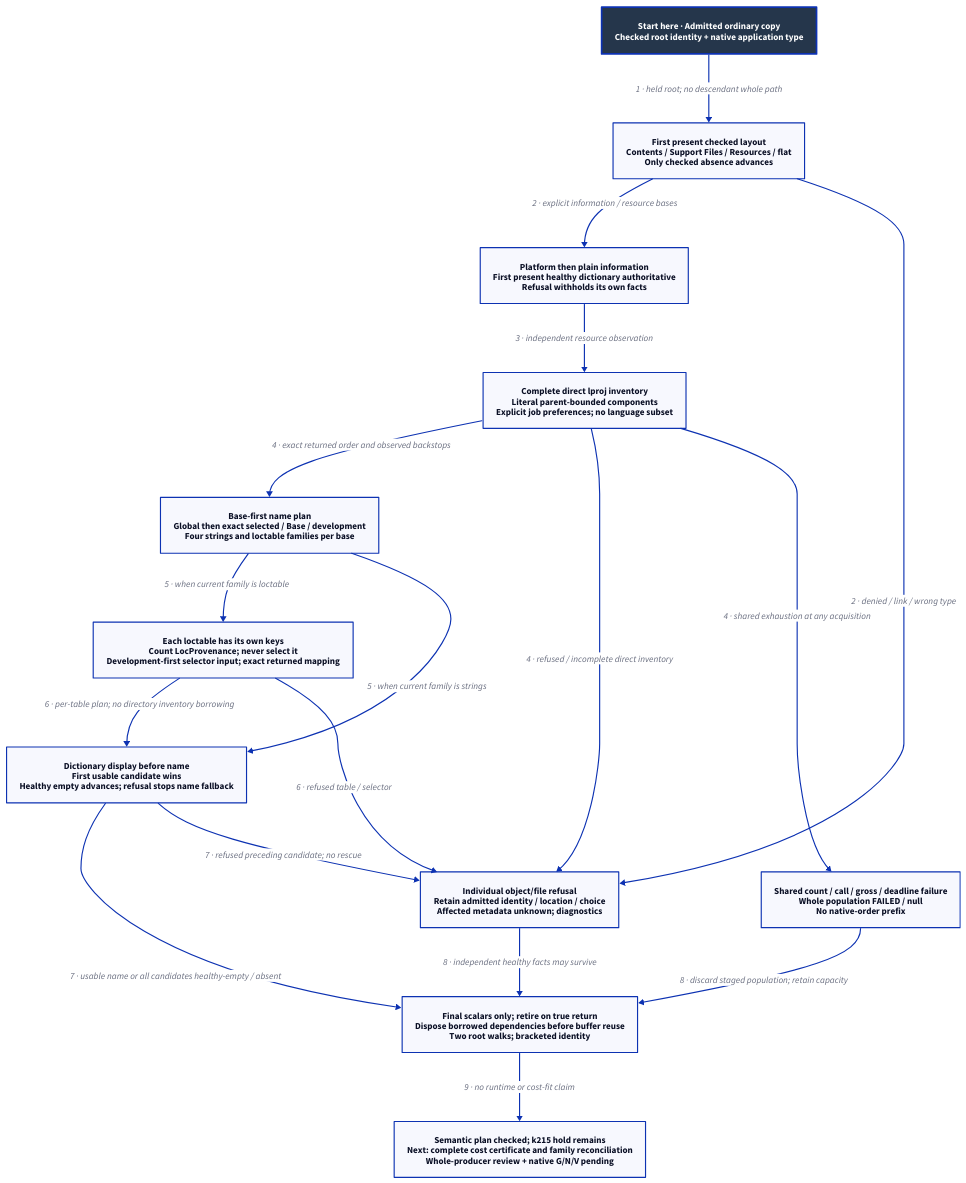
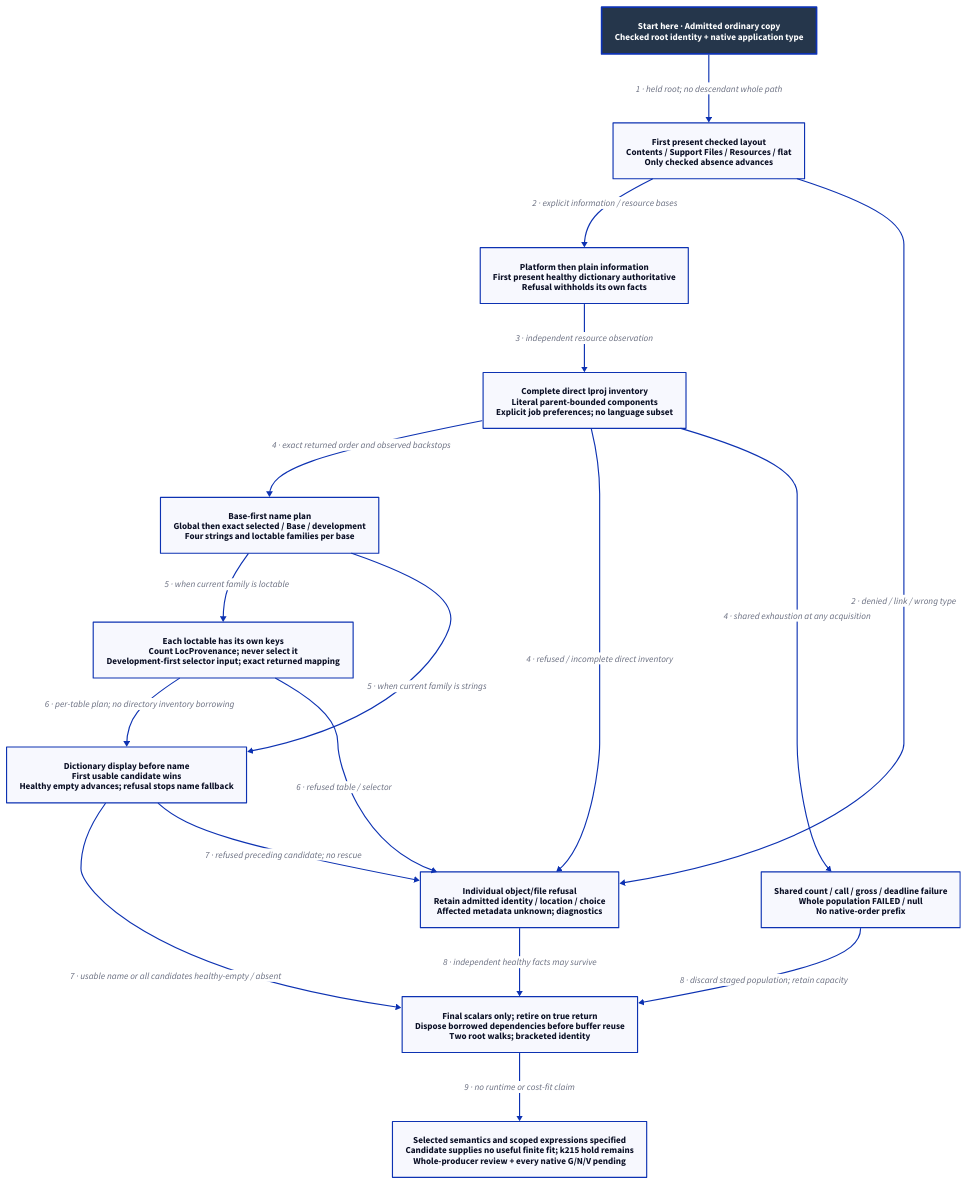
The diagram in docs/design/architecture/native-metadata-reader-plan.d2 (Linkuistics/Koine), drawn with D2 before and after one commit. The commit also changed 141 other files, not shown here.

First line of the commit message:
Reconcile selected application metadata family (application-metadata-reconciliation-k221)

```diff
--- a/docs/design/architecture/native-metadata-reader-plan.d2
+++ b/docs/design/architecture/native-metadata-reader-plan.d2
@@ -1,32 +1,32 @@
 # Activity graph of the selected semantic plan; accounting and native qualification pending.
 direction: down
 classes: {
   start: {style: {fill: "#25364B"; font-color: "#FFFFFF"; bold: true; stroke-width: 3}}
 }
 Start: "Start here · Admitted ordinary copy\nChecked root identity + native application type" {class: start}
 Layout: "First present checked layout\nContents / Support Files / Resources / flat\nOnly checked absence advances"
 Info: "Platform then plain information\nFirst present healthy dictionary authoritative\nRefusal withholds its own facts"
 Direct: "Complete direct lproj inventory\nLiteral parent-bounded components\nExplicit job preferences; no language subset"
 Bases: "Base-first name plan\nGlobal then exact selected / Base / development\nFour strings and loctable families per base"
 Table: "Each loctable has its own keys\nCount LocProvenance; never select it\nDevelopment-first selector input; exact returned mapping"
 Candidate: "Dictionary display before name\nFirst usable candidate wins\nHealthy empty advances; refusal stops name fallback"
 Partial: "Individual object/file refusal\nRetain admitted identity / location / choice\nAffected metadata unknown; diagnostics"
 Shared: "Shared count / call / gross / deadline failure\nWhole population FAILED / null\nNo native-order prefix"
 Retire: "Final scalars only; retire on true return\nDispose borrowed dependencies before buffer reuse\nTwo root walks; bracketed identity"
-Boundary: "Semantic plan checked; k215 hold remains\nNext: complete cost certificate and family reconciliation\nWhole-producer review + native G/N/V pending"
+Boundary: "Selected semantics and scoped expressions specified\nCandidate supplies no useful finite fit; k215 hold remains\nWhole-producer review + every native G/N/V pending"
 Start -> Layout: "1 · held root; no descendant whole path"
 Layout -> Info: "2 · explicit information / resource bases"
 Info -> Direct: "3 · independent resource observation"
 Direct -> Bases: "4 · exact returned order and observed backstops"
 Bases -> Table: "5 · when current family is loctable"
 Bases -> Candidate: "5 · when current family is strings"
 Table -> Candidate: "6 · per-table plan; no directory inventory borrowing"
 Candidate -> Retire: "7 · usable name or all candidates healthy-empty / absent"
 Candidate -> Partial: "7 · refused preceding candidate; no rescue"
 Layout -> Partial: "2 · denied / link / wrong type"
 Direct -> Partial: "4 · refused / incomplete direct inventory"
 Table -> Partial: "6 · refused table / selector"
 Direct -> Shared: "4 · shared exhaustion at any acquisition"
 Partial -> Retire: "8 · independent healthy facts may survive"
 Shared -> Retire: "8 · discard staged population; retain capacity"
 Retire -> Boundary: "9 · no runtime or cost-fit claim"
```
